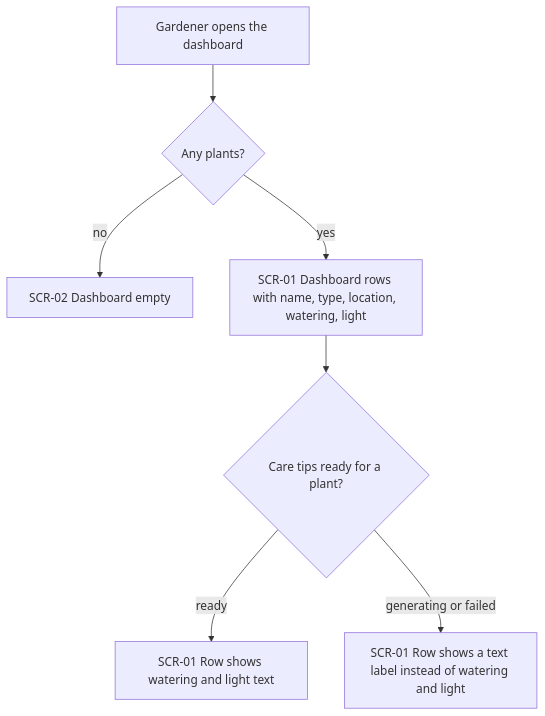
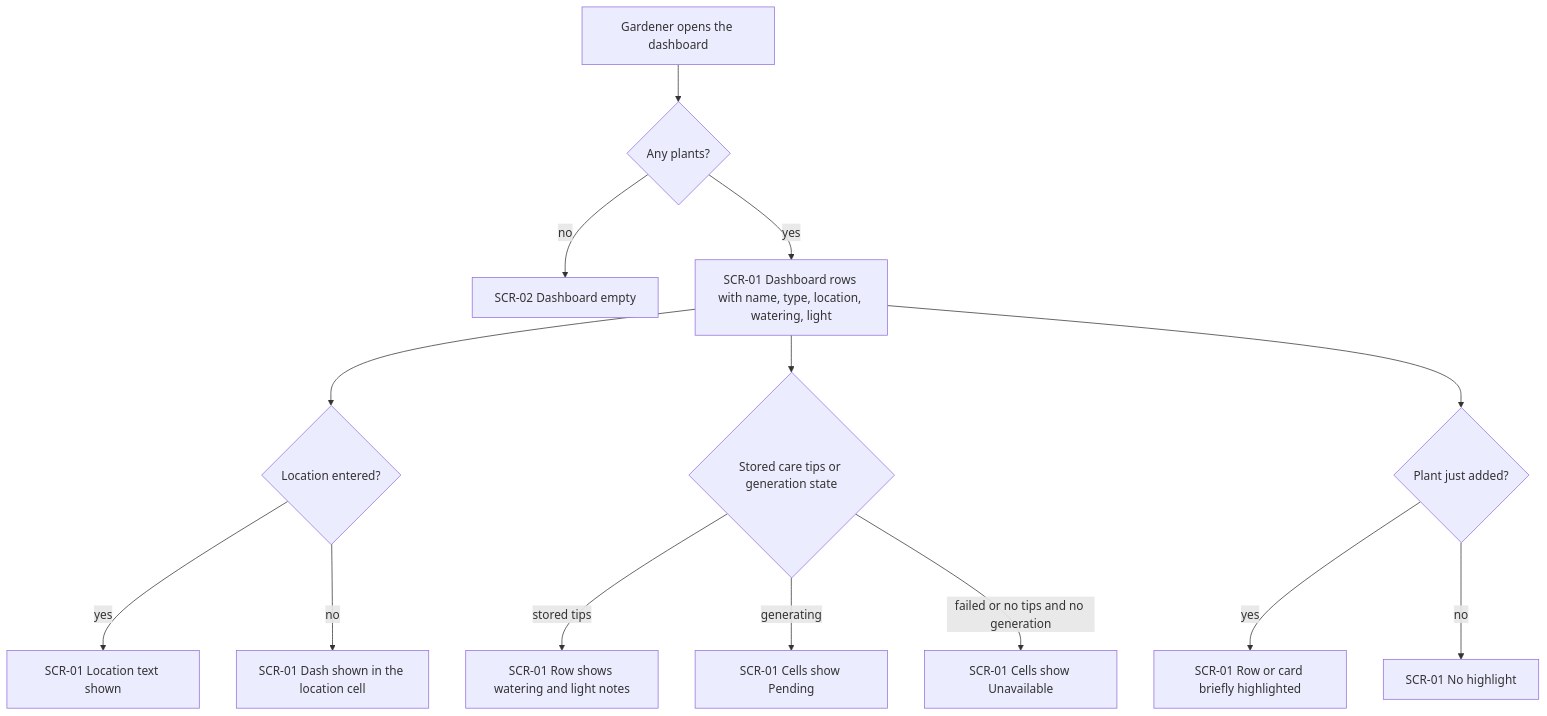
One commit to orkdrnke/Planted-AI changed the first of 6 diagrams in docs/features/ux-improve/ux-flows.md. Above: the diagram before and after it, drawn with Mermaid. The commit also changed other lines of this file, not shown here.

Commit message:
ux-flows: ux-improve ux-flows.md

````diff
--- a/docs/features/ux-improve/ux-flows.md
+++ b/docs/features/ux-improve/ux-flows.md
@@ -32,9 +35,16 @@
 ```mermaid
 flowchart TD
     A[Gardener opens the dashboard] --> B{Any plants?}
     B -->|no| C[SCR-02 Dashboard empty]
     B -->|yes| D[SCR-01 Dashboard rows with name, type, location, watering, light]
-    D --> E{Care tips ready for a plant?}
-    E -->|ready| F[SCR-01 Row shows watering and light text]
-    E -->|generating or failed| G[SCR-01 Row shows a text label instead of watering and light]
+    D --> L{Location entered?}
+    L -->|yes| L1[SCR-01 Location text shown]
+    L -->|no| L2[SCR-01 Dash shown in the location cell]
+    D --> E{Stored care tips or generation state}
+    E -->|stored tips| F[SCR-01 Row shows watering and light notes]
+    E -->|generating| G[SCR-01 Cells show Pending]
+    E -->|failed or no tips and no generation| H[SCR-01 Cells show Unavailable]
+    D --> N{Plant just added?}
+    N -->|yes| N1[SCR-01 Row or card briefly highlighted]
+    N -->|no| N2[SCR-01 No highlight]
 ```
````
